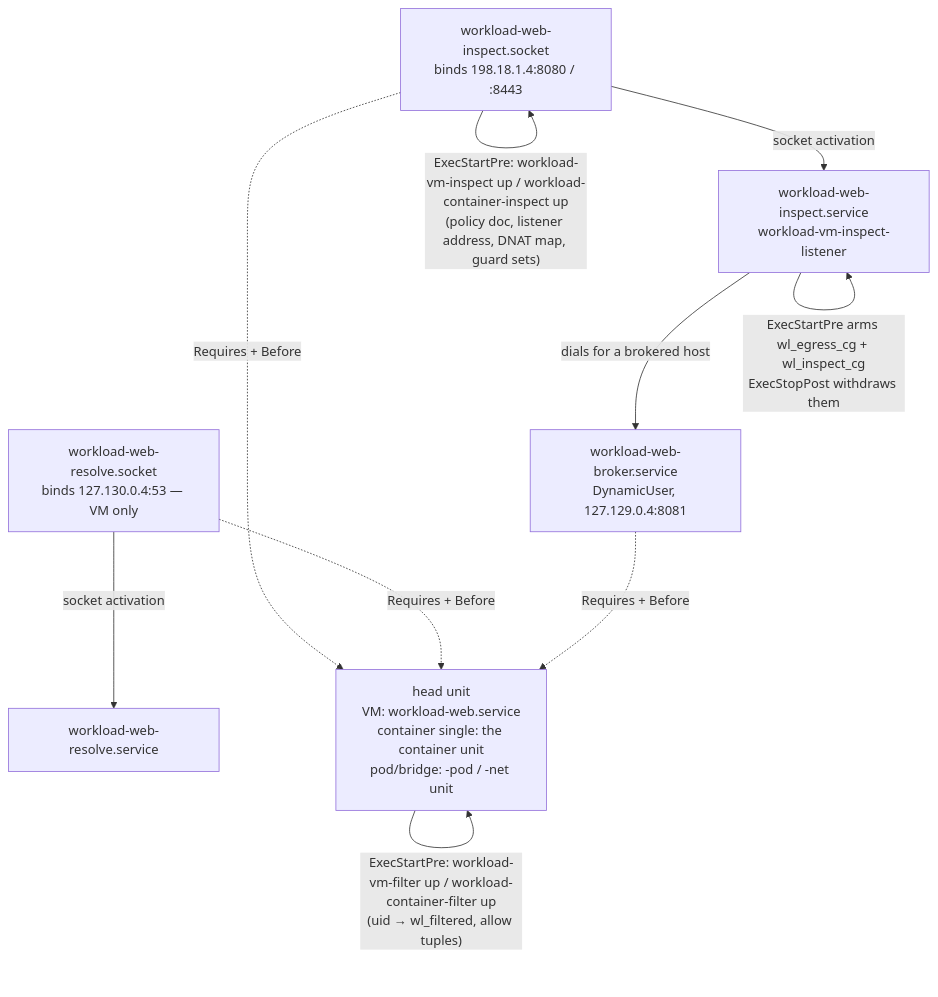
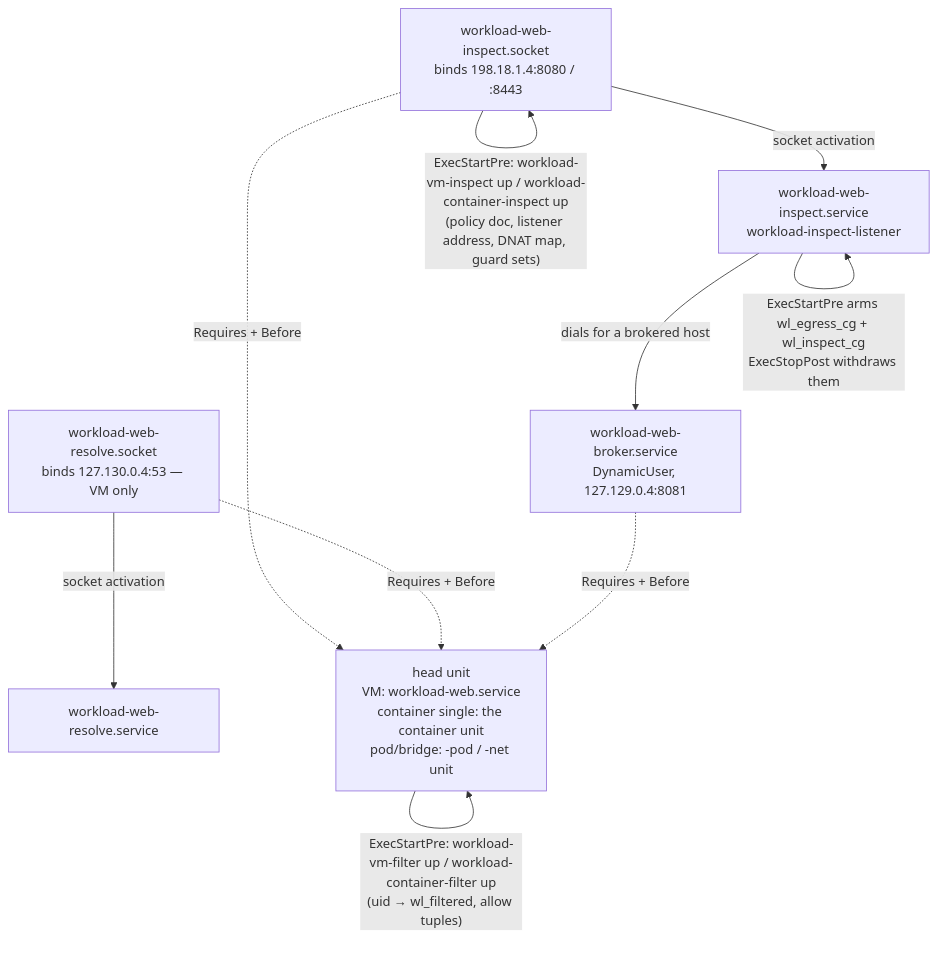
Before and after one commit to BenSmith/workloadctl: the third of 7 diagrams in docs/egress-and-broker-architecture.md, drawn with Mermaid. The commit also changed other lines of this file and 28 other files, not shown here.

First line of the commit message:
workload-vm-inspect-listener is workload-inspect-listener

````diff
--- a/docs/egress-and-broker-architecture.md
+++ b/docs/egress-and-broker-architecture.md
@@ -101,20 +101,20 @@
 ```mermaid
 flowchart TD
   IS["workload-web-inspect.socket<br/>binds 198.18.1.4:8080 / :8443"]
   RS["workload-web-resolve.socket<br/>binds 127.130.0.4:53 — VM only"]
-  ISVC["workload-web-inspect.service<br/>workload-vm-inspect-listener"]
+  ISVC["workload-web-inspect.service<br/>workload-inspect-listener"]
   RSVC["workload-web-resolve.service"]
   BR["workload-web-broker.service<br/>DynamicUser, 127.129.0.4:8081"]
   HEAD["head unit<br/>VM: workload-web.service<br/>container single: the container unit<br/>pod/bridge: -pod / -net unit"]
 
   IS -- "ExecStartPre: workload-vm-inspect up / workload-container-inspect up<br/>(policy doc, listener address, DNAT map, guard sets)" --> IS
   HEAD -- "ExecStartPre: workload-vm-filter up / workload-container-filter up<br/>(uid → wl_filtered, allow tuples)" --> HEAD
 
   IS -.->|Requires + Before| HEAD
   RS -.->|Requires + Before| HEAD
   BR -.->|Requires + Before| HEAD
   IS -->|socket activation| ISVC
   RS -->|socket activation| RSVC
   ISVC -- "ExecStartPre arms wl_egress_cg + wl_inspect_cg<br/>ExecStopPost withdraws them" --> ISVC
   ISVC -->|dials for a brokered host| BR
 ```
````
